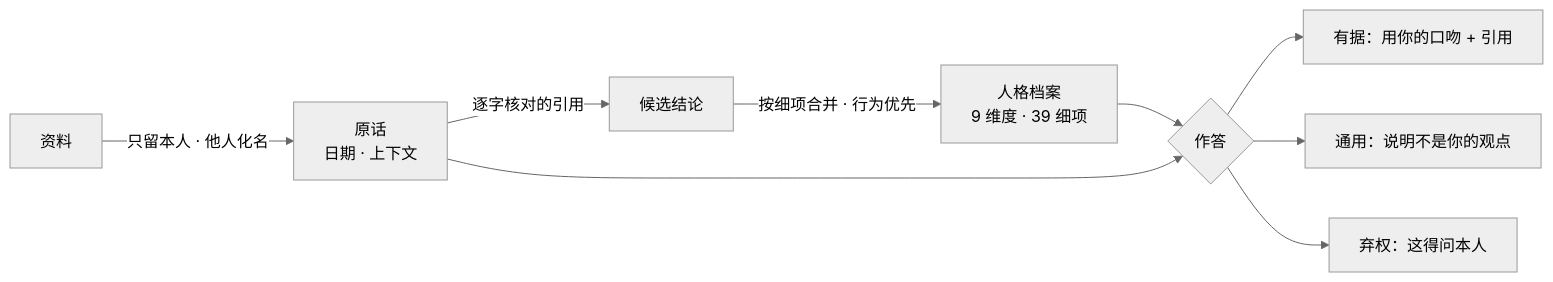
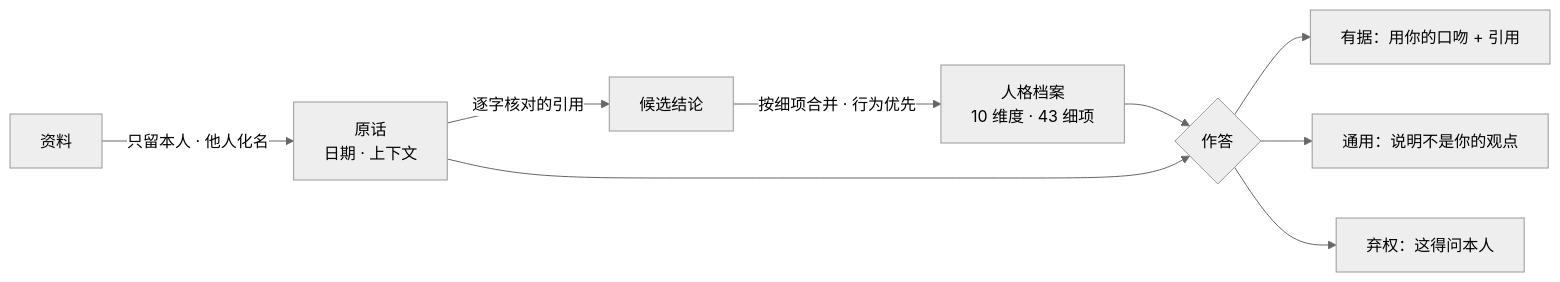
Before and after one commit to seasonsolt/twin: the diagram in README.md, drawn with Mermaid (neutral theme). The commit also changed other lines of this file and 104 other files, not shown here.

````diff
--- a/README.md
+++ b/README.md
@@ -113,11 +113,11 @@
 ```mermaid
 flowchart LR
   S[资料] -->|只留本人 · 他人化名| E[原话<br/>日期 · 上下文]
   E -->|逐字核对的引用| C[候选结论]
-  C -->|按细项合并 · 行为优先| I[人格档案<br/>9 维度 · 39 细项]
+  C -->|按细项合并 · 行为优先| I[人格档案<br/>10 维度 · 43 细项]
   I --> Q{作答}
   E --> Q
   Q --> G[有据：用你的口吻 + 引用]
   Q --> N[通用：说明不是你的观点]
   Q --> A[弃权：这得问本人]
 ```
````
